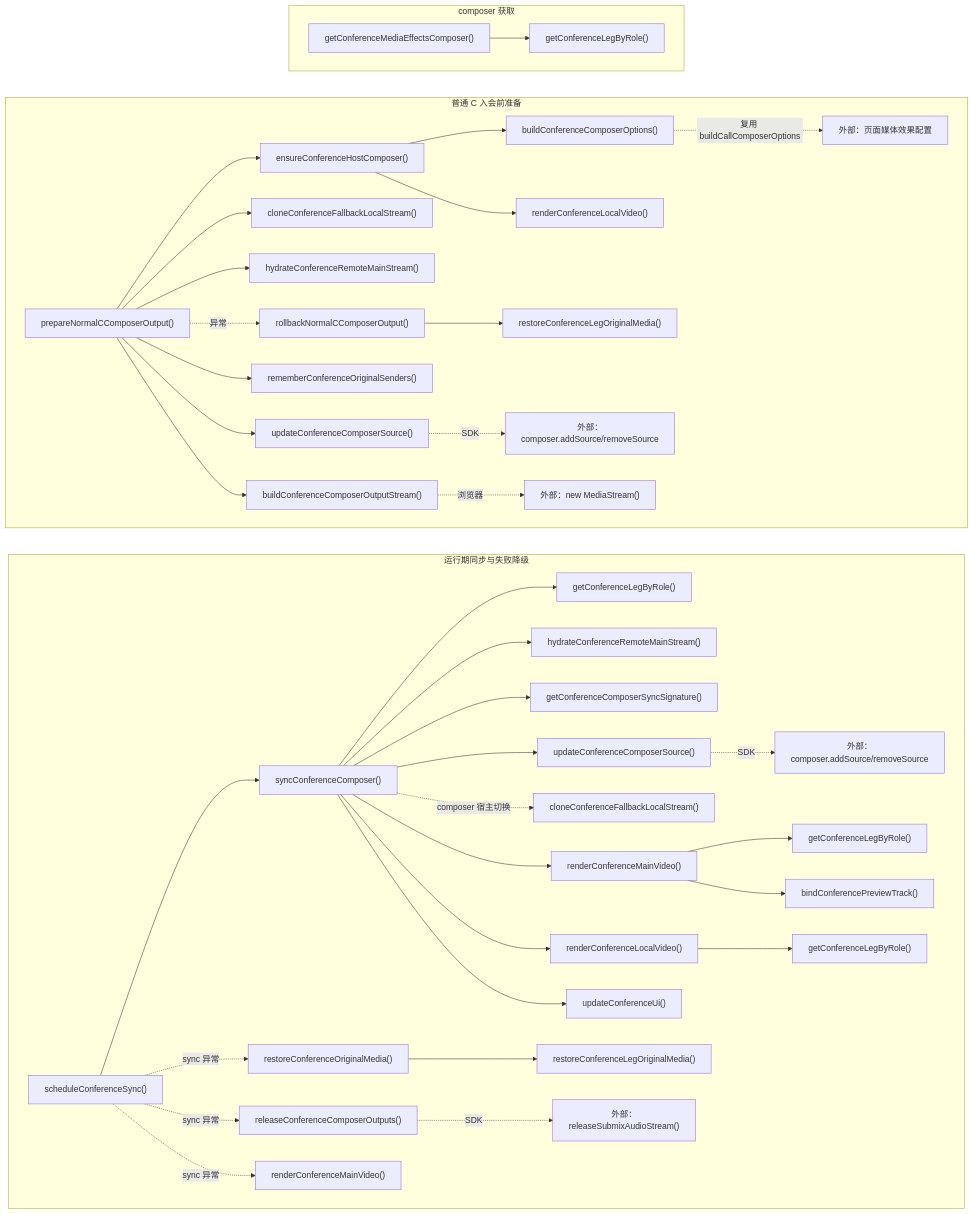
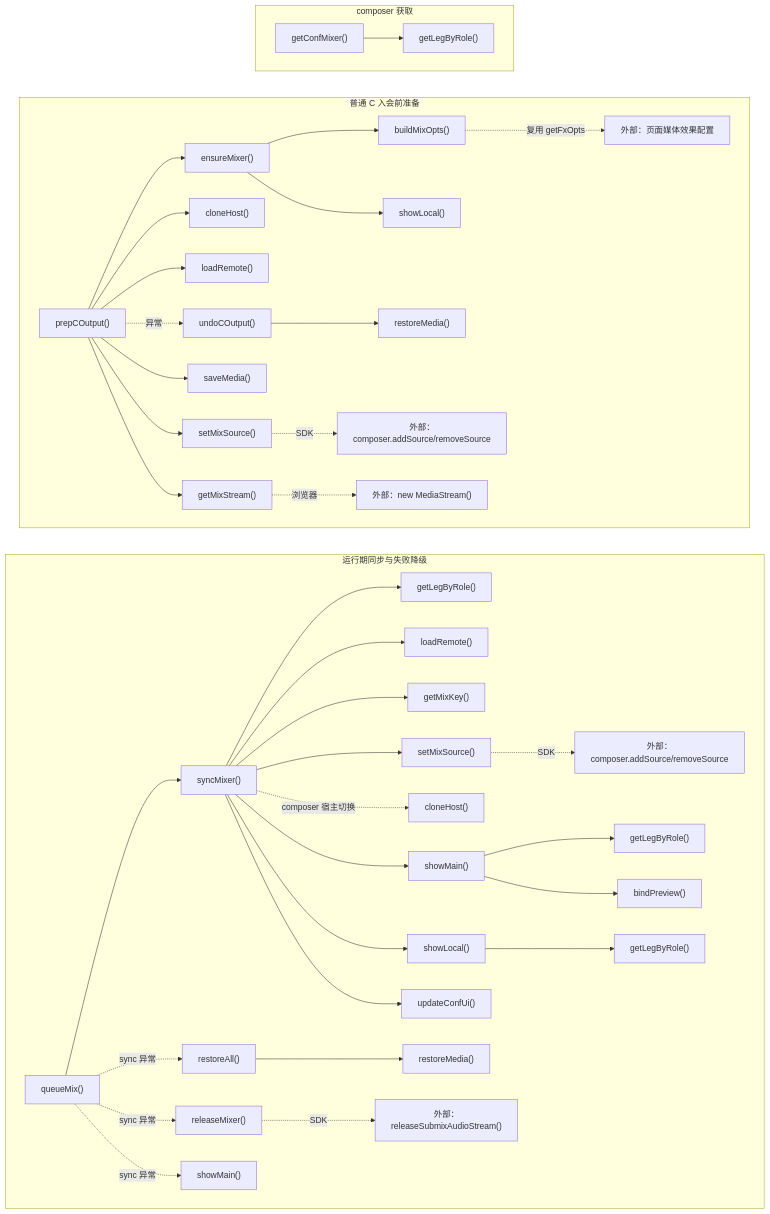
Diagram 16 of 20 in docs/app-conference-guide.md (lei40251/JsSIP), drawn with Mermaid before and after one commit. The commit also changed other lines of this file and 31 other files, not shown here.

````diff
--- a/docs/app-conference-guide.md
+++ b/docs/app-conference-guide.md
@@ -1071,49 +1204,49 @@
 ```mermaid
 flowchart TB
   subgraph LOOKUP_FLOW["composer 获取"]
     direction LR
-    GET["getConferenceMediaEffectsComposer()"] --> BYROLE_GET["getConferenceLegByRole()"]
+    GET["getConfMixer()"] --> BYROLE_GET["getLegByRole()"]
   end
 
   subgraph PREP_FLOW["普通 C 入会前准备"]
     direction LR
-    PREPARE["prepareNormalCComposerOutput()"] --> ENSURE["ensureConferenceHostComposer()"]
-    PREPARE --> CLONE_PREP["cloneConferenceFallbackLocalStream()"]
-    PREPARE --> HYDRATE_PREP["hydrateConferenceRemoteMainStream()"]
-    PREPARE --> SOURCE_PREP["updateConferenceComposerSource()"]
-    PREPARE --> REMEMBER["rememberConferenceOriginalSenders()"]
-    PREPARE --> OUTPUT["buildConferenceComposerOutputStream()"]
-    PREPARE -.->|"异常"| ROLLBACK["rollbackNormalCComposerOutput()"]
-    ENSURE --> OPT["buildConferenceComposerOptions()"]
-    ENSURE --> LOCAL_PREP["renderConferenceLocalVideo()"]
-    OPT -.->|"复用 buildCallComposerOptions"| EXTOPT["外部：页面媒体效果配置"]
-    ROLLBACK --> RESTORE_ONE_PREP["restoreConferenceLegOriginalMedia()"]
+    PREPARE["prepCOutput()"] --> ENSURE["ensureMixer()"]
+    PREPARE --> CLONE_PREP["cloneHost()"]
+    PREPARE --> HYDRATE_PREP["loadRemote()"]
+    PREPARE --> SOURCE_PREP["setMixSource()"]
+    PREPARE --> REMEMBER["saveMedia()"]
+    PREPARE --> OUTPUT["getMixStream()"]
+    PREPARE -.->|"异常"| ROLLBACK["undoCOutput()"]
+    ENSURE --> OPT["buildMixOpts()"]
+    ENSURE --> LOCAL_PREP["showLocal()"]
+    OPT -.->|"复用 getFxOpts"| EXTOPT["外部：页面媒体效果配置"]
+    ROLLBACK --> RESTORE_ONE_PREP["restoreMedia()"]
     SOURCE_PREP -.->|"SDK"| ADDREMOVE_PREP["外部：composer.addSource/removeSource"]
     OUTPUT -.->|"浏览器"| STREAM["外部：new MediaStream()"]
   end
 
   subgraph SYNC_FLOW["运行期同步与失败降级"]
     direction LR
-    SCHEDULE["scheduleConferenceSync()"] --> SYNC["syncConferenceComposer()"]
-    SCHEDULE -.->|"sync 异常"| RESTORE_ALL["restoreConferenceOriginalMedia()"]
-    SCHEDULE -.->|"sync 异常"| RELEASE["releaseConferenceComposerOutputs()"]
-    SCHEDULE -.->|"sync 异常"| MAIN_FAIL["renderConferenceMainVideo()"]
-    SYNC --> BYROLE_SYNC["getConferenceLegByRole()"]
-    SYNC --> HYDRATE_SYNC["hydrateConferenceRemoteMainStream()"]
-    SYNC --> SIGN["getConferenceComposerSyncSignature()"]
-    SYNC --> SOURCE_SYNC["updateConferenceComposerSource()"]
-    SYNC -.->|"composer 宿主切换"| CLONE_SYNC["cloneConferenceFallbackLocalStream()"]
-    SYNC --> LOCAL_SYNC["renderConferenceLocalVideo()"]
-    SYNC --> MAIN_SYNC["renderConferenceMainVideo()"]
-    SYNC --> UI["updateConferenceUi()"]
-    RESTORE_ALL --> RESTORE_ONE_SYNC["restoreConferenceLegOriginalMedia()"]
+    SCHEDULE["queueMix()"] --> SYNC["syncMixer()"]
+    SCHEDULE -.->|"sync 异常"| RESTORE_ALL["restoreAll()"]
+    SCHEDULE -.->|"sync 异常"| RELEASE["releaseMixer()"]
+    SCHEDULE -.->|"sync 异常"| MAIN_FAIL["showMain()"]
+    SYNC --> BYROLE_SYNC["getLegByRole()"]
+    SYNC --> HYDRATE_SYNC["loadRemote()"]
+    SYNC --> SIGN["getMixKey()"]
+    SYNC --> SOURCE_SYNC["setMixSource()"]
+    SYNC -.->|"composer 宿主切换"| CLONE_SYNC["cloneHost()"]
+    SYNC --> LOCAL_SYNC["showLocal()"]
+    SYNC --> MAIN_SYNC["showMain()"]
+    SYNC --> UI["updateConfUi()"]
+    RESTORE_ALL --> RESTORE_ONE_SYNC["restoreMedia()"]
     RELEASE -.->|"SDK"| SUBMIX["外部：releaseSubmixAudioStream()"]
     SOURCE_SYNC -.->|"SDK"| ADDREMOVE_SYNC["外部：composer.addSource/removeSource"]
-    MAIN_SYNC --> BYROLE_MAIN["getConferenceLegByRole()"]
-    MAIN_SYNC --> PREVIEW["bindConferencePreviewTrack()"]
-    LOCAL_SYNC --> BYROLE_LOCAL["getConferenceLegByRole()"]
+    MAIN_SYNC --> BYROLE_MAIN["getLegByRole()"]
+    MAIN_SYNC --> PREVIEW["bindPreview()"]
+    LOCAL_SYNC --> BYROLE_LOCAL["getLegByRole()"]
   end
 
   LOOKUP_FLOW ~~~ PREP_FLOW
   PREP_FLOW ~~~ SYNC_FLOW
 ```
````
